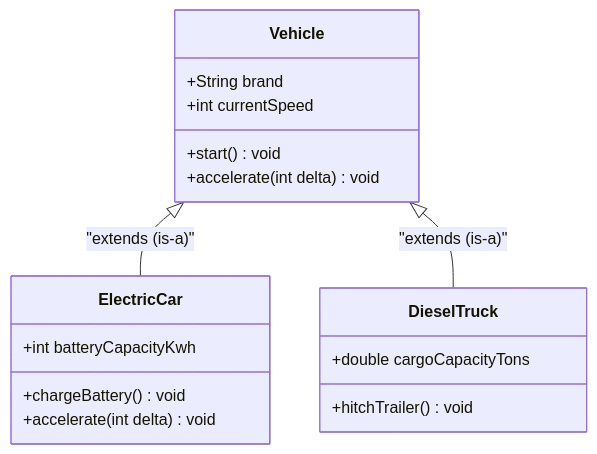
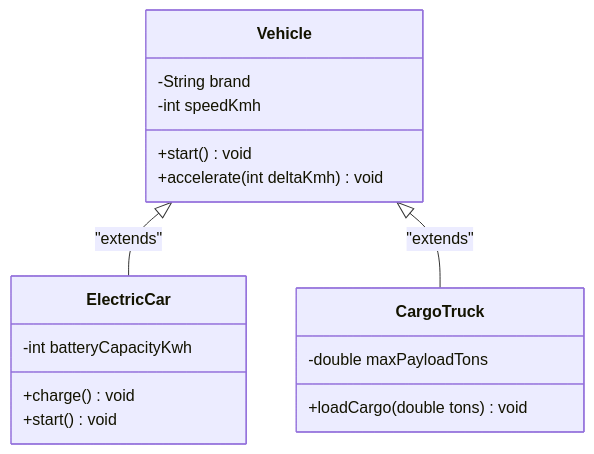
The first of 2 diagrams in content/roadmap/level-1/inheritance.md (ravishankar2463/java_hub), drawn with Mermaid before and after one commit. The commit also changed other lines of this file and 119 other files, not shown here.

Commit message:
feat: add comprehensive java learning roadmap content across multiple levels

````diff
--- a/content/roadmap/level-1/inheritance.md
+++ b/content/roadmap/level-1/inheritance.md
@@ -32,24 +69,21 @@
 ```mermaid
 classDiagram
     direction TB
     class Vehicle {
-        +String brand
-        +int currentSpeed
+        -String brand
+        -int speedKmh
         +start() void
-        +accelerate(int delta) void
+        +accelerate(int deltaKmh) void
     }
-    
     class ElectricCar {
-        +int batteryCapacityKwh
-        +chargeBattery() void
-        +accelerate(int delta) void
+        -int batteryCapacityKwh
+        +charge() void
+        +start() void
     }
-
-    class DieselTruck {
-        +double cargoCapacityTons
-        +hitchTrailer() void
+    class CargoTruck {
+        -double maxPayloadTons
+        +loadCargo(double tons) void
     }
-
-    Vehicle <|-- ElectricCar : "extends (is-a)"
-    Vehicle <|-- DieselTruck : "extends (is-a)"
+    Vehicle <|-- ElectricCar : "extends"
+    Vehicle <|-- CargoTruck : "extends"
 ```
````
